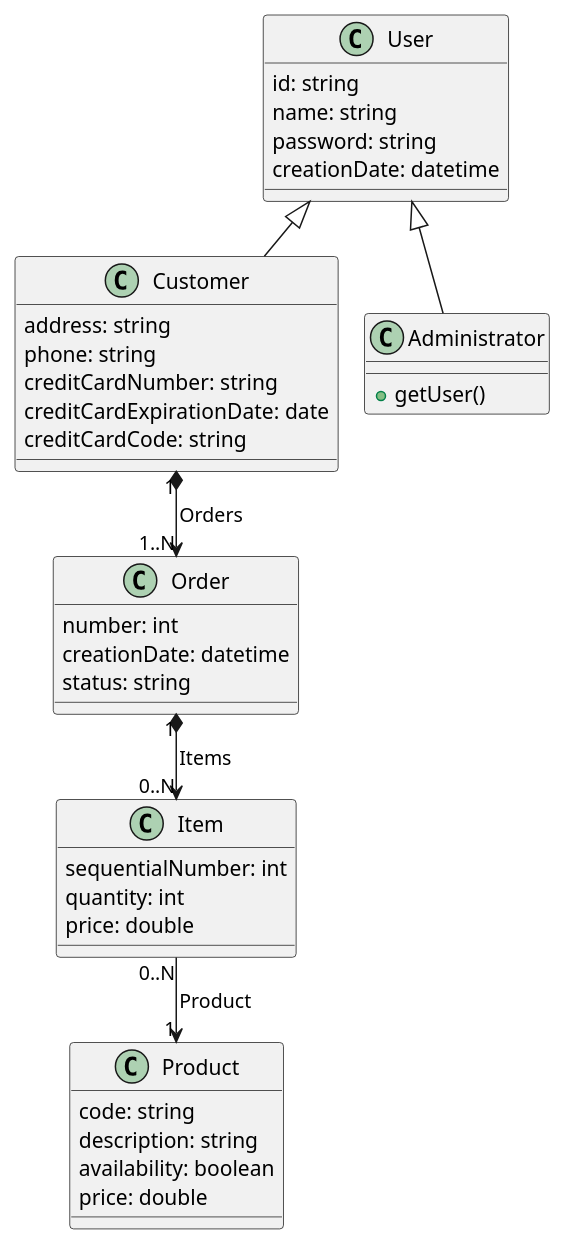
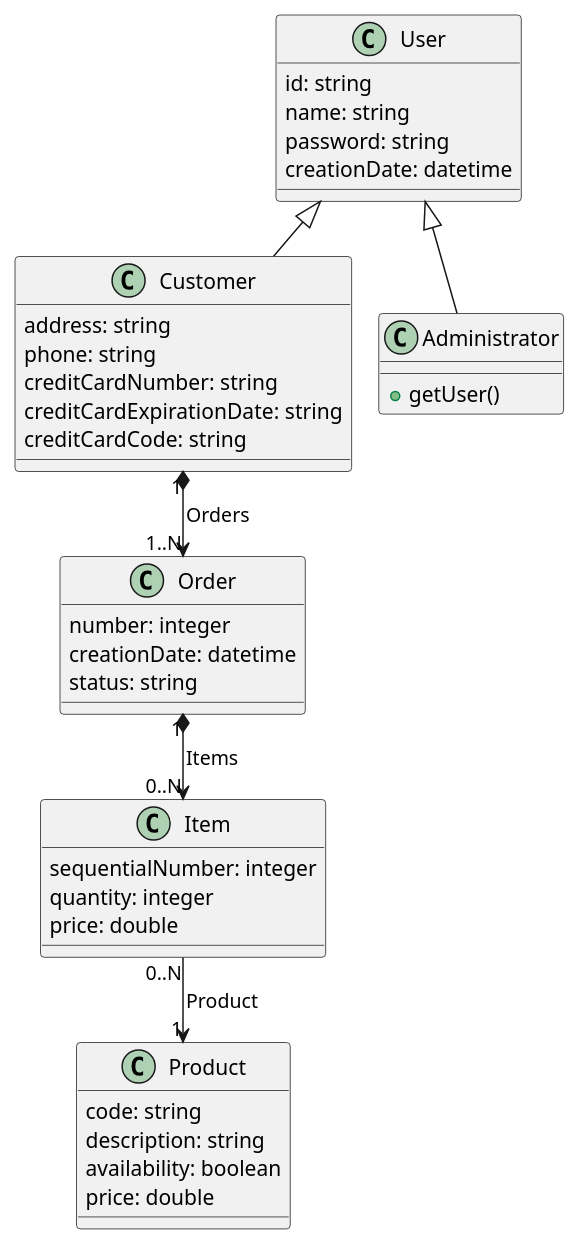
Before and after one commit to treamy1/order_management_system: the diagram in uml/class.wsd, drawn with PlantUML.

Commit message:
Updated User classes Models.py

```diff
--- a/uml/class.wsd
+++ b/uml/class.wsd
@@ -1,51 +1,51 @@
 @startuml design
 !pragma layout smetana
 
 class User {
     id: string
     name: string
     password: string
     creationDate: datetime
 }
 
 class Customer {
     address: string
     phone: string
     creditCardNumber: string
-    creditCardExpirationDate: date
+    creditCardExpirationDate: string
     creditCardCode: string
 }
 
 class Administrator {
     + getUser()
 }
 
 class Product {
     code: string
     description: string
     availability: boolean
     price: double
 }
 
 class Order{
-    number: int
+    number: integer
     creationDate: datetime
     status: string
 }
 
 class Item{
-    sequentialNumber: int
-    quantity: int
+    sequentialNumber: integer
+    quantity: integer
     price: double
 }
 
 User <|-- Customer
 User <|-- Administrator
 
 Order "1" *--> "0..N" Item : Items
 Item "0..N" --> "1" Product: Product
 Customer "1" *--> "1..N" Order: Orders
 
 
 
 @enduml
```
